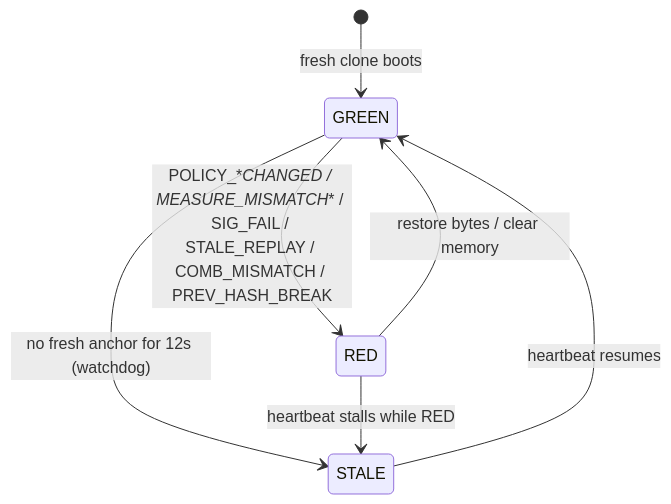
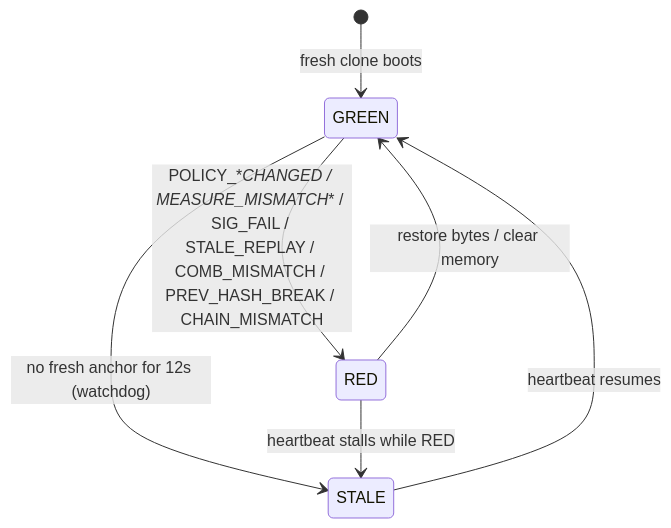
One commit to rajit2004/Decentralized-Runtime-Integrity-Engine-for-Remote-Agents changed the second of 2 diagrams in README.md. Above: the diagram before and after it, drawn with Mermaid. The commit also changed other lines of this file and 7 other files, not shown here.

Commit message:
feat(verify) on-chain getLatest readback, new CHAIN_MISMATCH verdict (item 37)

````diff
--- a/README.md
+++ b/README.md
@@ -136,9 +136,9 @@
 ```mermaid
 stateDiagram-v2
     [*] --> GREEN : fresh clone boots
-    GREEN --> RED : POLICY_*_CHANGED / MEASURE_MISMATCH_* / SIG_FAIL / STALE_REPLAY / COMB_MISMATCH / PREV_HASH_BREAK
+    GREEN --> RED : POLICY_*_CHANGED / MEASURE_MISMATCH_* / SIG_FAIL / STALE_REPLAY / COMB_MISMATCH / PREV_HASH_BREAK / CHAIN_MISMATCH
     GREEN --> STALE : no fresh anchor for 12s (watchdog)
     RED --> GREEN : restore bytes / clear memory
     RED --> STALE : heartbeat stalls while RED
     STALE --> GREEN : heartbeat resumes
 ```
````
